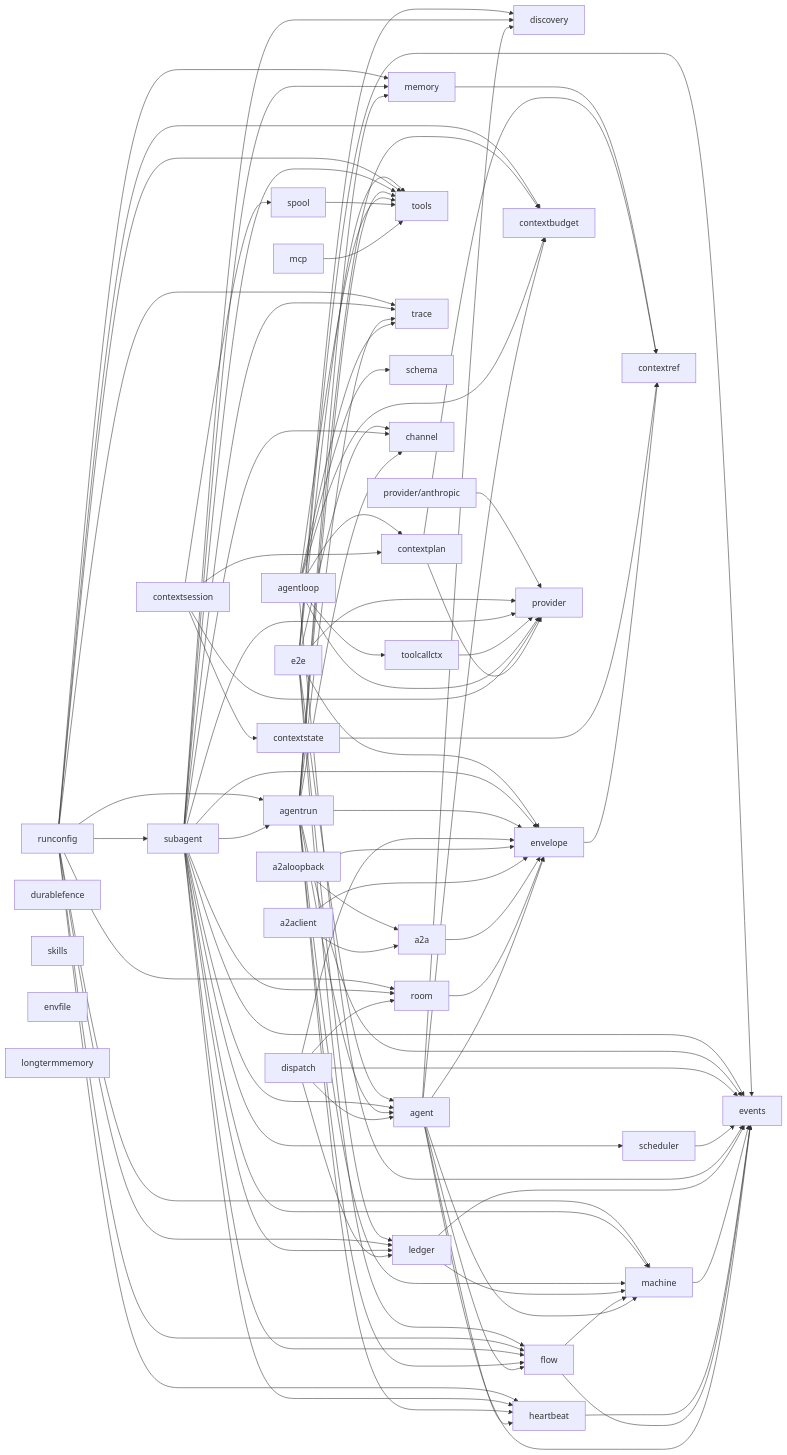
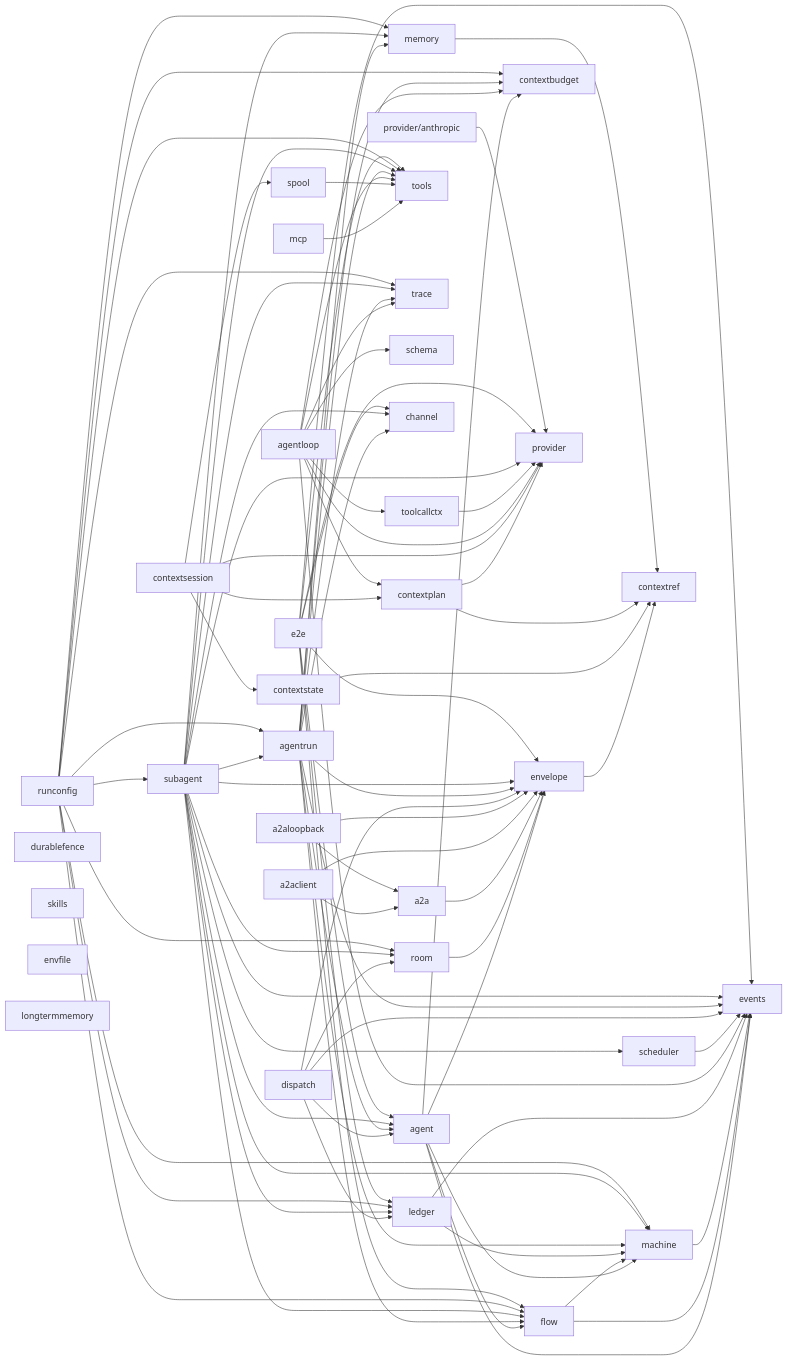
The first of 2 diagrams in docs/architecture.md (MiviaLabs/mivia-ai-sdk), drawn with Mermaid before and after one commit. The commit also changed other lines of this file and 77 other files, not shown here.

First line of the commit message:
feat(flow): fold discovery and heartbeat into flow

````diff
--- a/docs/architecture.md
+++ b/docs/architecture.md
@@ -37,11 +37,9 @@
 ```mermaid
 flowchart LR
-    agent --> discovery
     agent --> flow
     agent --> envelope
     agent --> events
     agent --> machine
-    agent --> heartbeat
     agent --> contextbudget
     envelope --> contextref
     contextstate --> contextref
@@ -53,7 +51,6 @@
     contextsession --> spool
     flow --> events
     flow --> machine
-    heartbeat --> events
     machine --> events
     ledger --> machine
     ledger --> events
@@ -87,7 +84,6 @@
     agentrun --> envelope
     agentrun --> events
     agentrun --> flow
-    agentrun --> heartbeat
     agentrun --> machine
     agentrun --> memory
     agentrun --> tools
@@ -95,11 +91,9 @@
     subagent --> agent
     subagent --> agentrun
     subagent --> channel
-    subagent --> discovery
     subagent --> envelope
     subagent --> events
     subagent --> flow
-    subagent --> heartbeat
     subagent --> ledger
     subagent --> machine
     subagent --> memory
@@ -111,7 +105,6 @@
     runconfig --> agentrun
     runconfig --> contextbudget
     runconfig --> flow
-    runconfig --> heartbeat
     runconfig --> ledger
     runconfig --> machine
     runconfig --> memory
@@ -121,7 +114,6 @@
     runconfig --> trace
     e2e --> agent
     e2e --> channel
-    e2e --> discovery
     e2e --> envelope
     e2e --> events
     e2e --> flow
@@ -131,7 +123,6 @@
     anthropic["provider/anthropic"] --> provider
     contextbudget[contextbudget]
     schema[schema]
-    discovery[discovery]
     durablefence[durablefence]
     envelope[envelope]
     events[events]
````
